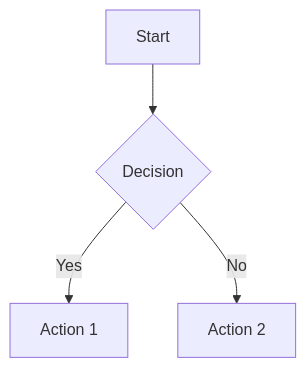
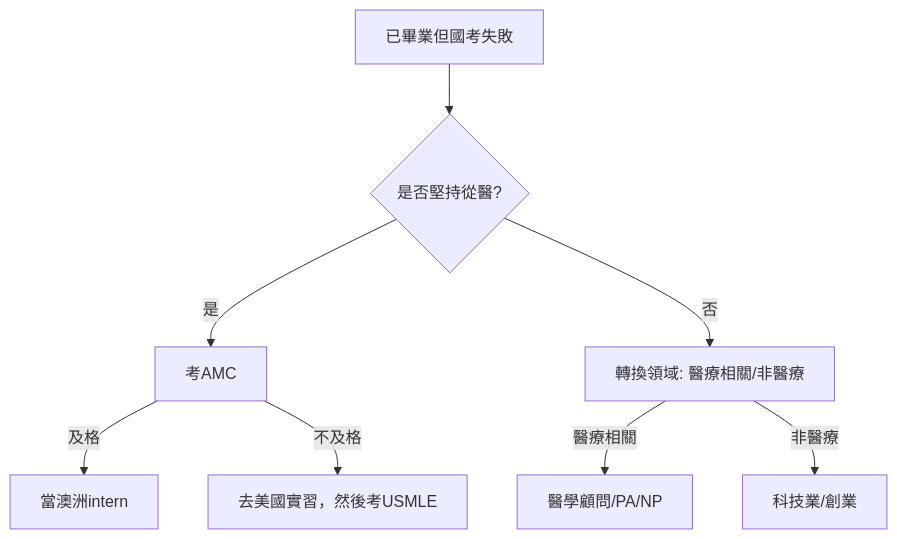
One commit to BruceChen034020/2025TWMLE changed the first of 2 diagrams in README.md. Above: the diagram before and after it, drawn with Mermaid. The commit also changed other lines of this file, not shown here.

````diff
--- a/README.md
+++ b/README.md
@@ -428,6 +913,10 @@
 ```mermaid
 graph TD
-    A[Start] --> B{Decision}
-    B -->|Yes| C[Action 1]
-    B -->|No| D[Action 2]
+    A[已畢業但國考失敗] --> B{是否堅持從醫?}
+    B -->|是| C[考AMC]
+    C -->|及格| D[當澳洲intern]
+    C -->|不及格| E[去美國實習，然後考USMLE]
+    B -->|否| F[轉換領域: 醫療相關/非醫療]
+    F -->|醫療相關| G[醫學顧問/PA/NP]
+    F -->|非醫療| H[科技業/創業]
 ```
````
